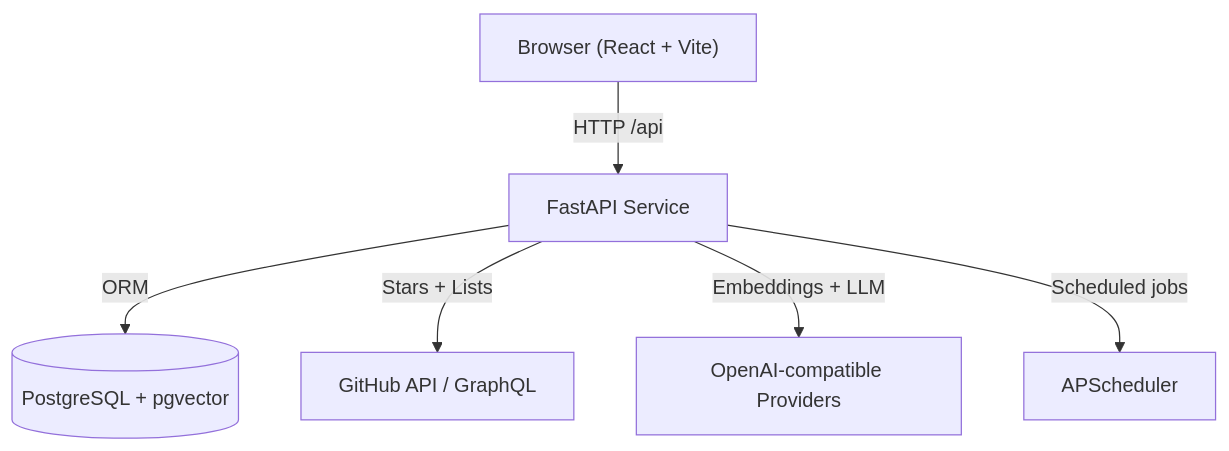
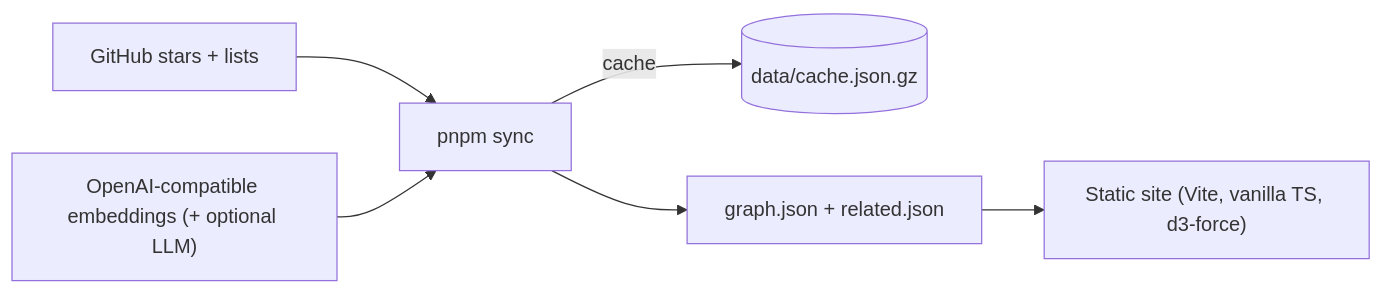
The diagram in README.md (Tendo33/MyNebula), drawn with Mermaid before and after one commit. The commit also changed other lines of this file and 400 other files, not shown here.

First line of the commit message:
Rebuild MyNebula as a static site with an offline TypeScript pipeline

````diff
--- a/README.md
+++ b/README.md
@@ -126,8 +59,8 @@
 ```mermaid
-graph TD
-    Browser["Browser (React + Vite)"] -->|HTTP /api| FastAPI["FastAPI Service"]
-    FastAPI -->|ORM| Postgres[("PostgreSQL + pgvector")]
-    FastAPI -->|Stars + Lists| GitHub["GitHub API / GraphQL"]
-    FastAPI -->|Embeddings + LLM| AI["OpenAI-compatible Providers"]
-    FastAPI -->|Scheduled jobs| APS["APScheduler"]
+flowchart LR
+    GH["GitHub stars + lists"] --> P["pnpm sync"]
+    AI["OpenAI-compatible embeddings (+ optional LLM)"] --> P
+    P -->|cache| C[("data/cache.json.gz")]
+    P --> J["graph.json + related.json"]
+    J --> W["Static site (Vite, vanilla TS, d3-force)"]
 ```
````
